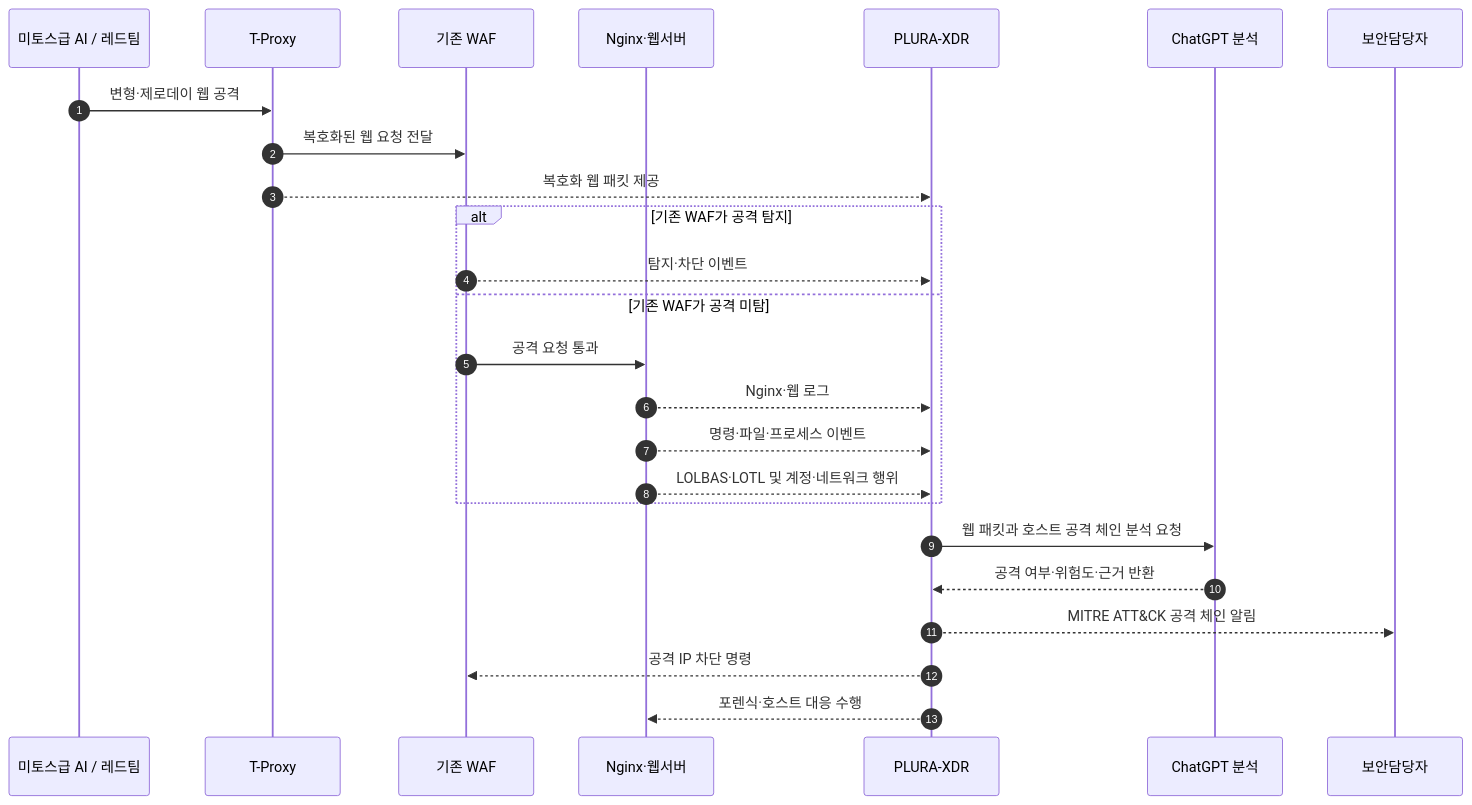
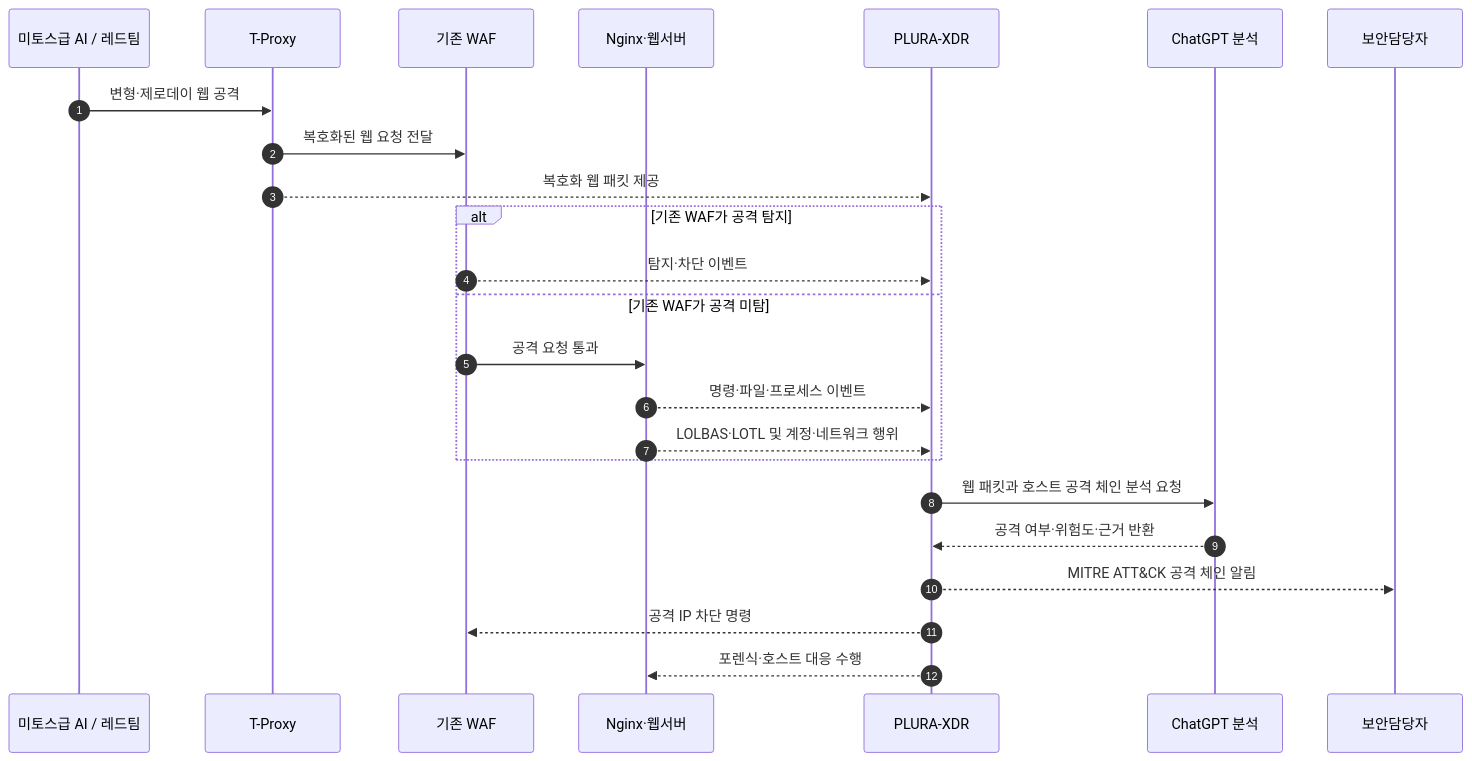
One commit to qubitsec/plura changed the fifth of 5 diagrams in ko/proposal/lg/poc-full.md. Above: the diagram before and after it, drawn with Mermaid. The commit also changed other lines of this file, not shown here.

````diff
--- a/ko/proposal/lg/poc-full.md
+++ b/ko/proposal/lg/poc-full.md
@@ -246,30 +247,29 @@
 ```mermaid
 sequenceDiagram
     autonumber
     participant RT as 미토스급 AI / 레드팀
     participant TP as T-Proxy
     participant WAF as 기존 WAF
     participant WEB as Nginx·웹서버
     participant XDR as PLURA-XDR
     participant AI as ChatGPT 분석
     participant SOC as 보안담당자
 
     RT->>TP: 변형·제로데이 웹 공격
     TP->>WAF: 복호화된 웹 요청 전달
     TP-->>XDR: 복호화 웹 패킷 제공
 
     alt 기존 WAF가 공격 탐지
         WAF-->>XDR: 탐지·차단 이벤트
     else 기존 WAF가 공격 미탐
         WAF->>WEB: 공격 요청 통과
-        WEB-->>XDR: Nginx·웹 로그
         WEB-->>XDR: 명령·파일·프로세스 이벤트
         WEB-->>XDR: LOLBAS·LOTL 및 계정·네트워크 행위
     end
 
     XDR->>AI: 웹 패킷과 호스트 공격 체인 분석 요청
     AI-->>XDR: 공격 여부·위험도·근거 반환
     XDR-->>SOC: MITRE ATT&CK 공격 체인 알림
     XDR-->>WAF: 공격 IP 차단 명령
     XDR-->>WEB: 포렌식·호스트 대응 수행
 ```
````
